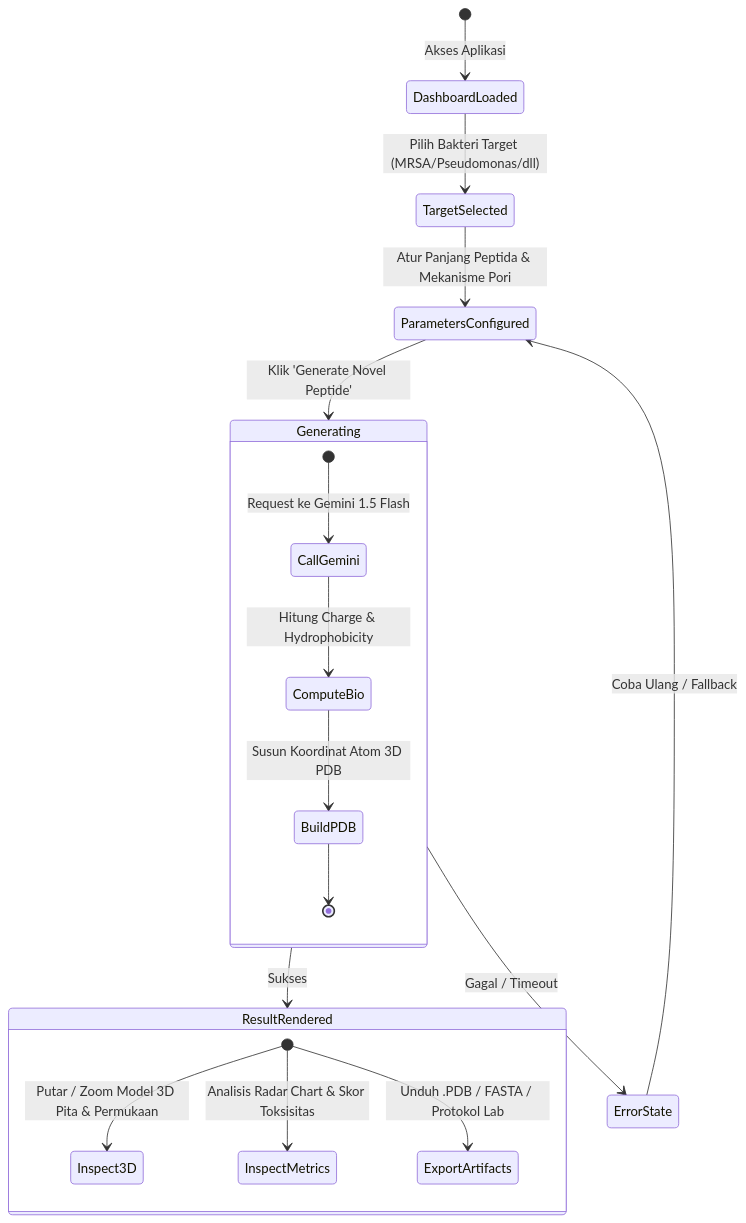
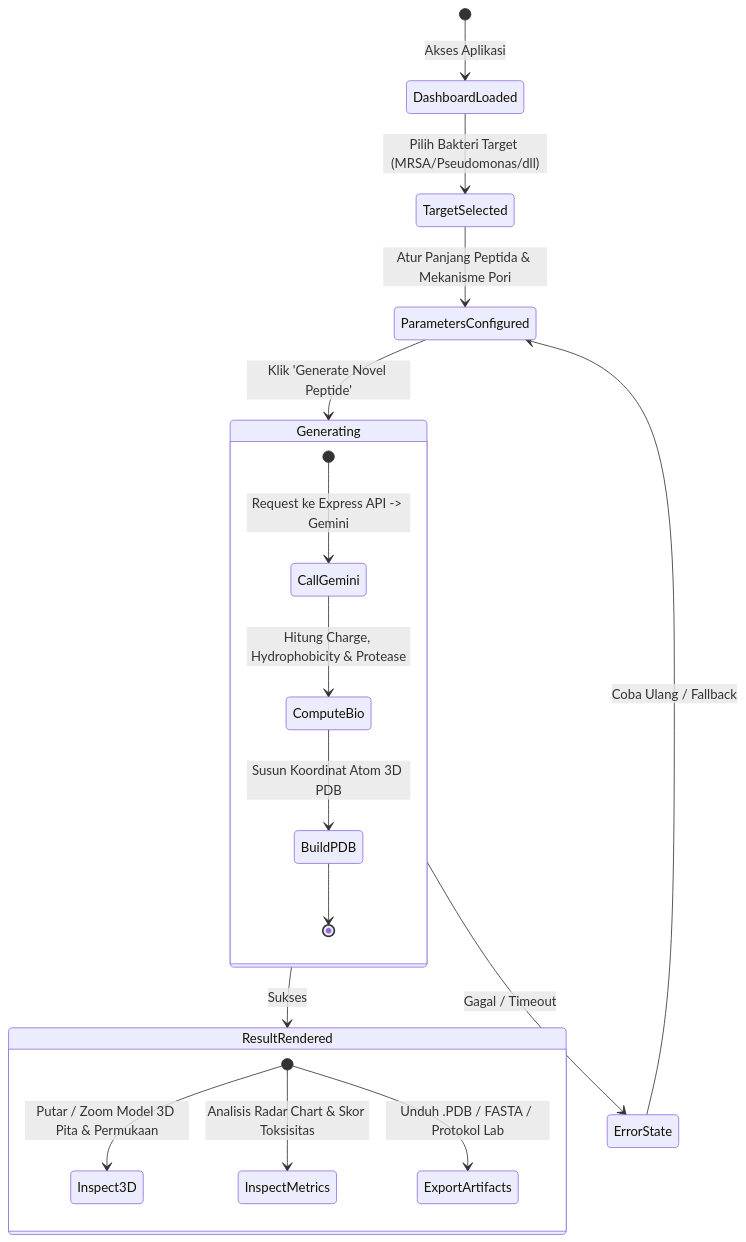
Before and after one commit to Pashinoh/Synthia-Bio: the second of 2 diagrams in blueprint/synthia-bio-master-blueprint.md, drawn with Mermaid. The commit also changed other lines of this file and 5 other files, not shown here.

Commit message:
fix(backend): switch to gemini-3.5-flash-lite with timeout, fix tsc relative imports, and sync blueprint docs

````diff
--- a/blueprint/synthia-bio-master-blueprint.md
+++ b/blueprint/synthia-bio-master-blueprint.md
@@ -109,24 +112,24 @@
 ```mermaid
 stateDiagram-v2
     [*] --> DashboardLoaded: Akses Aplikasi
     DashboardLoaded --> TargetSelected: Pilih Bakteri Target (MRSA/Pseudomonas/dll)
     TargetSelected --> ParametersConfigured: Atur Panjang Peptida & Mekanisme Pori
     ParametersConfigured --> Generating: Klik 'Generate Novel Peptide'
     
     state Generating {
-        [*] --> CallGemini: Request ke Gemini 1.5 Flash
-        CallGemini --> ComputeBio: Hitung Charge & Hydrophobicity
+        [*] --> CallGemini: Request ke Express API -> Gemini
+        CallGemini --> ComputeBio: Hitung Charge, Hydrophobicity & Protease
         ComputeBio --> BuildPDB: Susun Koordinat Atom 3D PDB
         BuildPDB --> [*]
     }
 
     Generating --> ResultRendered: Sukses
     Generating --> ErrorState: Gagal / Timeout
     ErrorState --> ParametersConfigured: Coba Ulang / Fallback
 
     state ResultRendered {
         [*] --> Inspect3D: Putar / Zoom Model 3D Pita & Permukaan
         [*] --> InspectMetrics: Analisis Radar Chart & Skor Toksisitas
         [*] --> ExportArtifacts: Unduh .PDB / FASTA / Protokol Lab
     }
 ```
````
